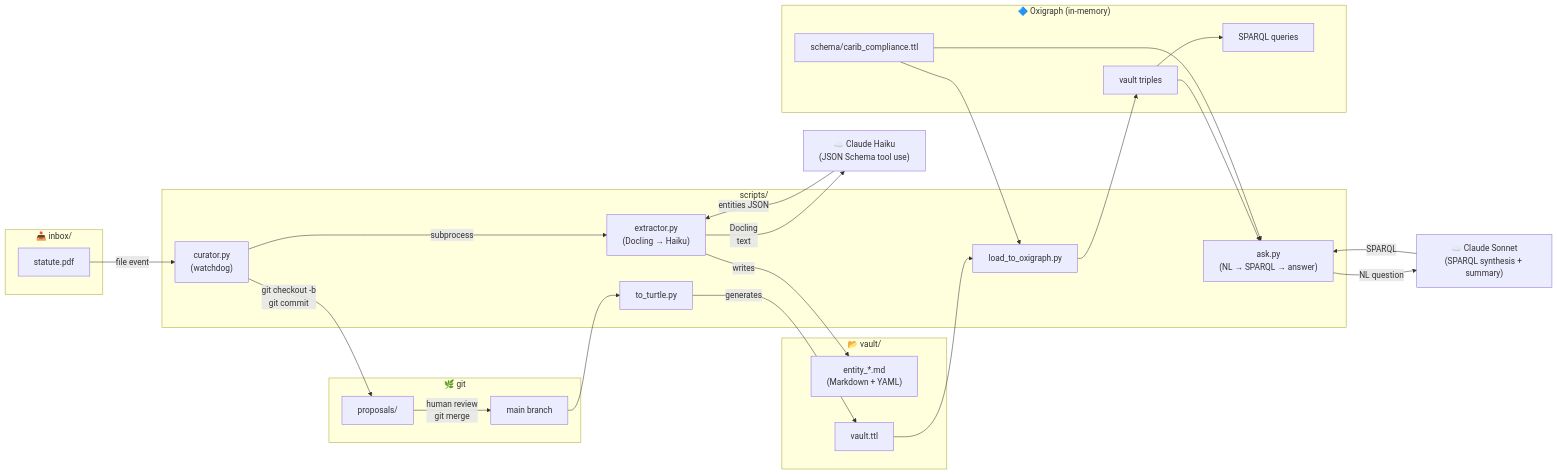
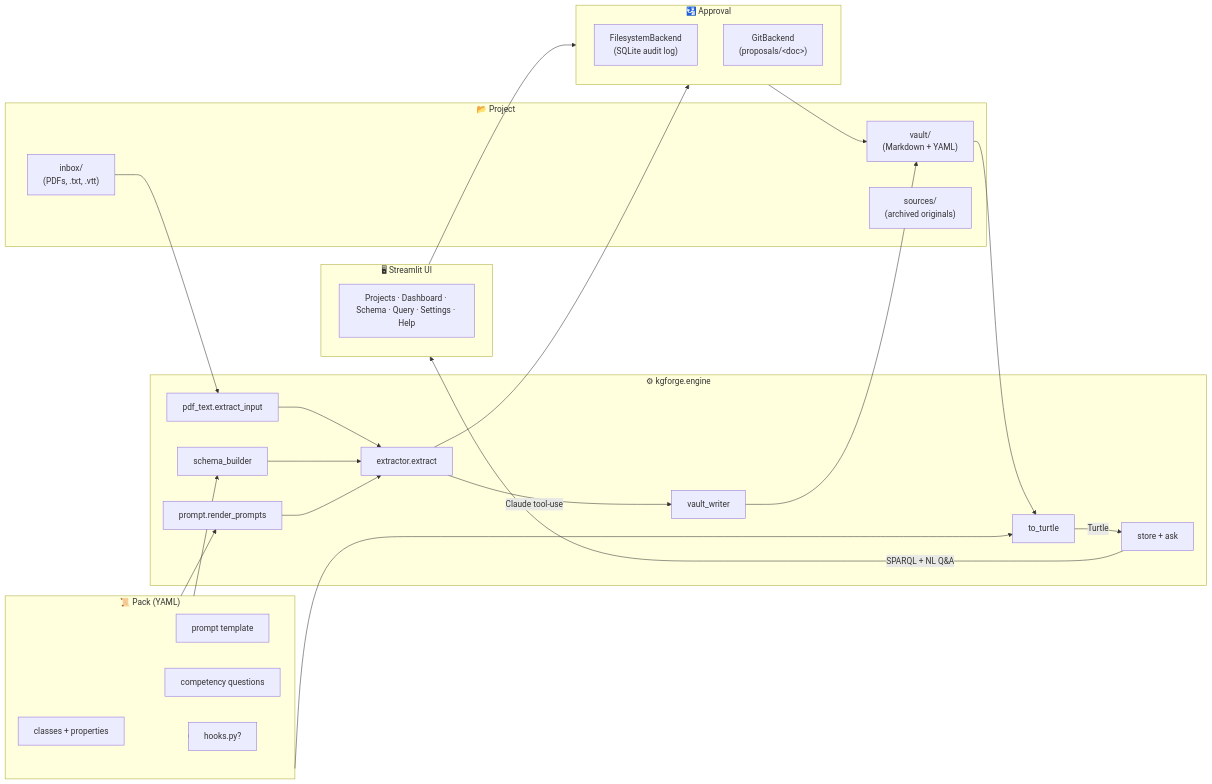
The diagram in README.md (elroy-galbraith/carib-comp-ont), drawn with Mermaid before and after one commit. The commit also changed other lines of this file and 1 other file, not shown here.

````diff
--- a/README.md
+++ b/README.md
@@ -53,48 +257,51 @@
 ```mermaid
 flowchart LR
-    subgraph inbox["📥 inbox/"]
-        PDF[statute.pdf]
+    subgraph project["📂 Project"]
+        inbox["inbox/<br/>(PDFs, .txt, .vtt)"]
+        vault["vault/<br/>(Markdown + YAML)"]
+        sources["sources/<br/>(archived originals)"]
     end
 
-    subgraph scripts["scripts/"]
-        curator["curator.py\n(watchdog)"]
-        extractor["extractor.py\n(Docling → Haiku)"]
-        to_turtle["to_turtle.py"]
-        load["load_to_oxigraph.py"]
-        ask["ask.py\n(NL → SPARQL → answer)"]
+    subgraph pack["📜 Pack (YAML)"]
+        classes["classes + properties"]
+        prompt["prompt template"]
+        cqs["competency questions"]
+        hooks["hooks.py?"]
     end
 
-    subgraph vault["📂 vault/"]
-        MD["entity_*.md\n(Markdown + YAML)"]
-        TTL["vault.ttl"]
+    subgraph engine["⚙ kgforge.engine"]
+        pdf["pdf_text.extract_input"]
+        schema_b["schema_builder"]
+        prompt_r["prompt.render_prompts"]
+        extractor["extractor.extract"]
+        writer["vault_writer"]
+        turtle["to_turtle"]
+        store_m["store + ask"]
     end
 
-    subgraph git["🌿 git"]
-        main["main branch"]
-        proposals["proposals/<doc-id>"]
+    subgraph approval["🛂 Approval"]
+        fs["FilesystemBackend<br/>(SQLite audit log)"]
+        git["GitBackend<br/>(proposals/&lt;doc&gt;)"]
     end
 
-    subgraph store["🔷 Oxigraph (in-memory)"]
-        schema["schema/carib_compliance.ttl"]
-        triples["vault triples"]
-        sparql["SPARQL queries"]
+    subgraph ui["🖥 Streamlit UI"]
+        pages["Projects · Dashboard · Schema · Query · Settings · Help"]
     end
 
-    PDF -->|"file event"| curator
-    curator -->|"subprocess"| extractor
-    extractor -->|"Docling\ntext"| haiku["☁️ Claude Haiku\n(JSON Schema tool use)"]
-    haiku -->|"entities JSON"| extractor
-    extractor -->|"writes"| MD
-    curator -->|"git checkout -b\ngit commit"| proposals
-    proposals -->|"human review\ngit merge"| main
-    main --> to_turtle
-    to_turtle -->|"generates"| TTL
-    TTL --> load
-    schema --> load
-    load --> triples
-    triples --> sparql
-    triples --> ask
-    schema --> ask
-    ask -->|"NL question"| sonnet["☁️ Claude Sonnet\n(SPARQL synthesis + summary)"]
-    sonnet -->|"SPARQL"| ask
+    inbox --> pdf
+    pack --> schema_b
+    pack --> prompt_r
+    pack --> turtle
+    pack --> hooks
+    pdf --> extractor
+    schema_b --> extractor
+    prompt_r --> extractor
+    extractor -->|"Claude tool-use"| writer
+    writer --> vault
+    extractor --> approval
+    vault --> turtle
+    turtle -->|"Turtle"| store_m
+    store_m -->|"SPARQL + NL Q&amp;A"| ui
+    ui --> approval
+    approval --> vault
 ```
````
